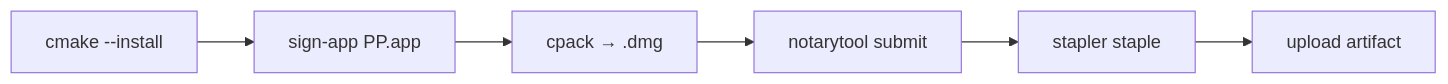
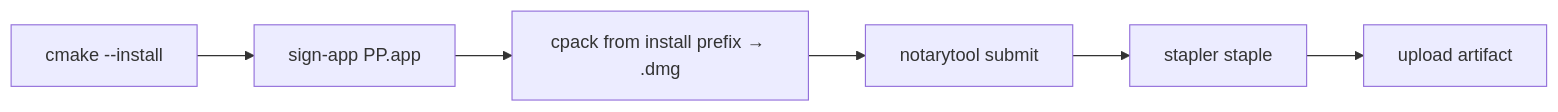
The diagram in docs/ops/MACOS_SIGNING.md (people-post/pp-browser), drawn with Mermaid before and after one commit. The commit also changed other lines of this file and 3 other files, not shown here.

````diff
--- a/docs/ops/MACOS_SIGNING.md
+++ b/docs/ops/MACOS_SIGNING.md
@@ -106,8 +106,8 @@
 ```mermaid
 flowchart LR
   A[cmake --install] --> B[sign-app PP.app]
-  B --> C[cpack → .dmg]
+  B --> C[cpack from install prefix → .dmg]
   C --> D[notarytool submit]
   D --> E[stapler staple]
   E --> F[upload artifact]
 ```
````
